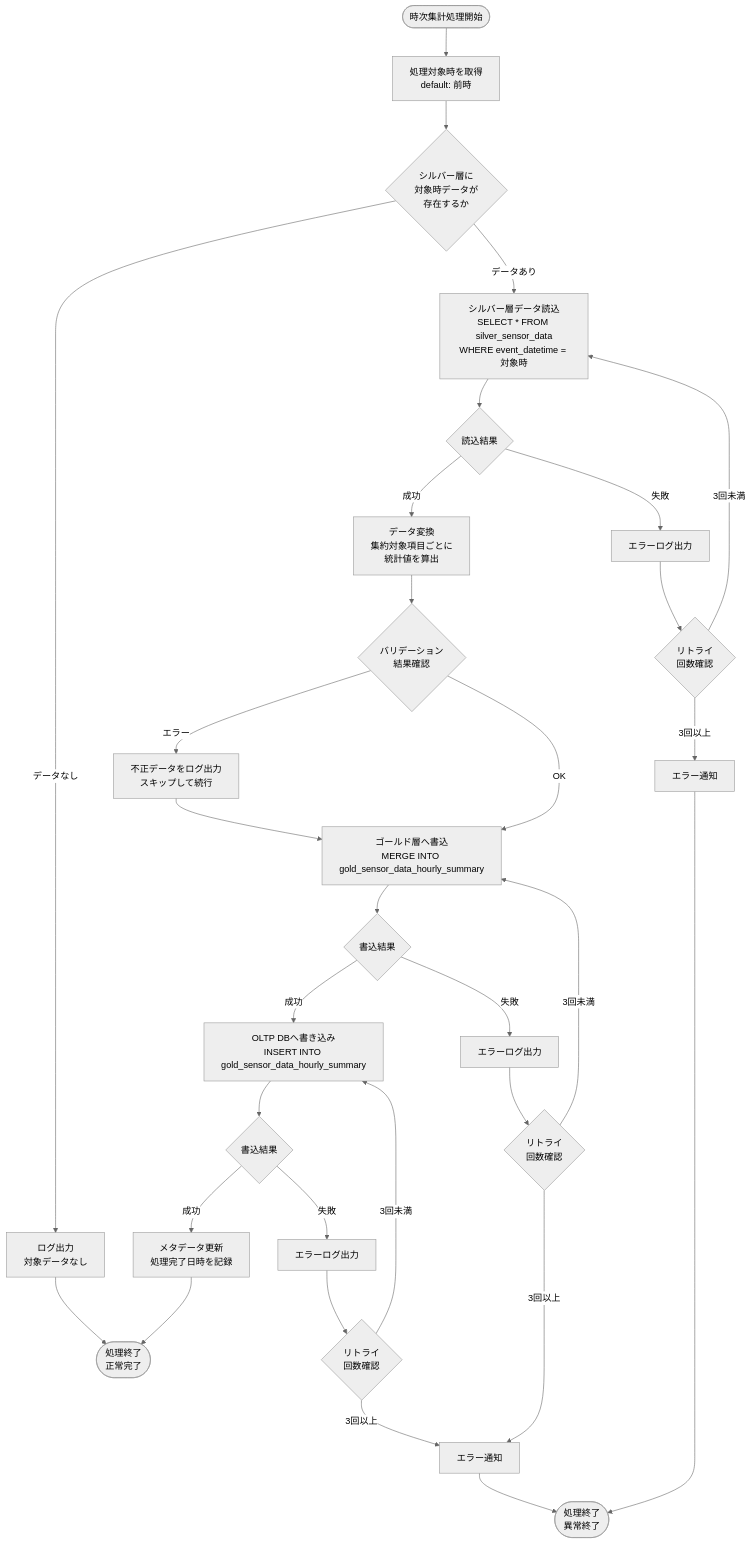
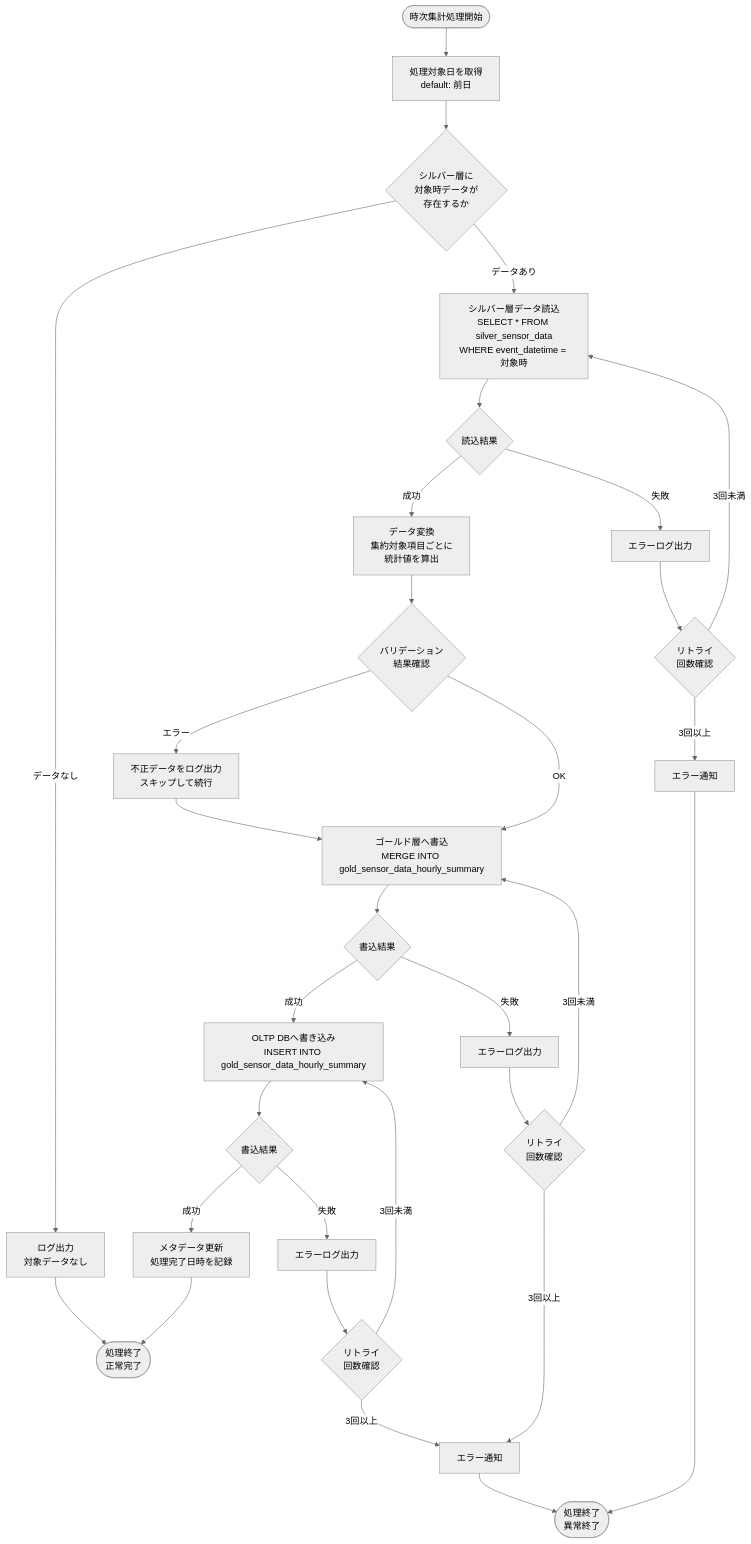
The first of 5 diagrams in docs/03-features/ldp-pipeline/gold_layer/ldp-pipeline-specification.md (NSW-SVCP-AIWG002/Databricks-IoT), drawn with Mermaid (neutral theme) before and after one commit. The commit also changed other lines of this file and 10 other files, not shown here.

````diff
--- a/docs/03-features/ldp-pipeline/gold_layer/ldp-pipeline-specification.md
+++ b/docs/03-features/ldp-pipeline/gold_layer/ldp-pipeline-specification.md
@@ -123,40 +123,40 @@
 ```mermaid
 flowchart TD
-    Start([時次集計処理開始]) --> GetDate[処理対象時を取得<br>default: 前時]
+    Start([時次集計処理開始]) --> GetDate[処理対象日を取得<br>default: 前日]
     GetDate --> CheckSource{シルバー層に<br>対象時データが<br>存在するか}
 
     CheckSource -->|データなし| LogNoData[ログ出力<br>対象データなし]
     LogNoData --> EndSuccess([処理終了<br>正常完了])
     CheckSource -->|データあり| ReadSilver[シルバー層データ読込<br>SELECT * FROM silver_sensor_data<br>WHERE event_datetime = 対象時]
     ReadSilver --> CheckRead{読込結果}
 
     CheckRead -->|成功| Transform[データ変換<br>集約対象項目ごとに<br>統計値を算出]
     CheckRead -->|失敗| ErrorRead[エラーログ出力]
     ErrorRead --> RetryRead{リトライ<br>回数確認}
     RetryRead -->|3回未満| ReadSilver
     RetryRead -->|3回以上| AlertRead[エラー通知]
     AlertRead --> EndError([処理終了<br>異常終了])
 
     Transform --> Validate{バリデーション<br>結果確認}
     Validate -->|エラー| ErrorValidate[不正データをログ出力<br>スキップして続行]
     ErrorValidate --> WriteGold
 
     Validate -->|OK| WriteGold[ゴールド層へ書込<br>MERGE INTO gold_sensor_data_hourly_summary]
     WriteGold --> CheckWrite{書込結果}
 
     CheckWrite -->|成功| WriteOLTP[OLTP DBへ書き込み<br>INSERT INTO gold_sensor_data_hourly_summary]
     WriteOLTP --> CheckWrite1{書込結果}
     CheckWrite1 --> |成功| UpdateMeta[メタデータ更新<br>処理完了日時を記録]
     UpdateMeta --> EndSuccess
 
     CheckWrite1 --> |失敗| ErrorWrite1[エラーログ出力]
     ErrorWrite1 --> RetryWrite1{リトライ<br>回数確認}
     RetryWrite1 -->|3回未満| WriteOLTP
     RetryWrite1 -->|3回以上| AlertWrite[エラー通知]
 
     CheckWrite -->|失敗| ErrorWrite[エラーログ出力]
     ErrorWrite --> RetryWrite{リトライ<br>回数確認}
     RetryWrite -->|3回未満| WriteGold
     RetryWrite -->|3回以上| AlertWrite[エラー通知]
     AlertWrite --> EndError
 ```
````
